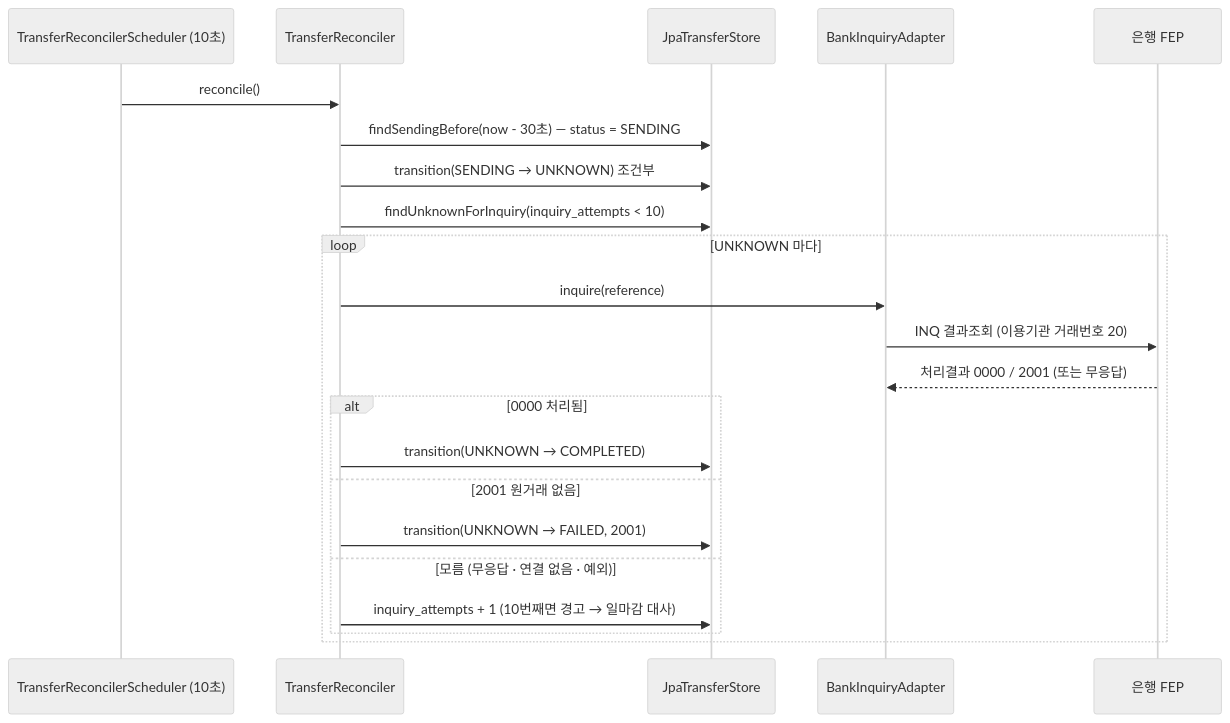
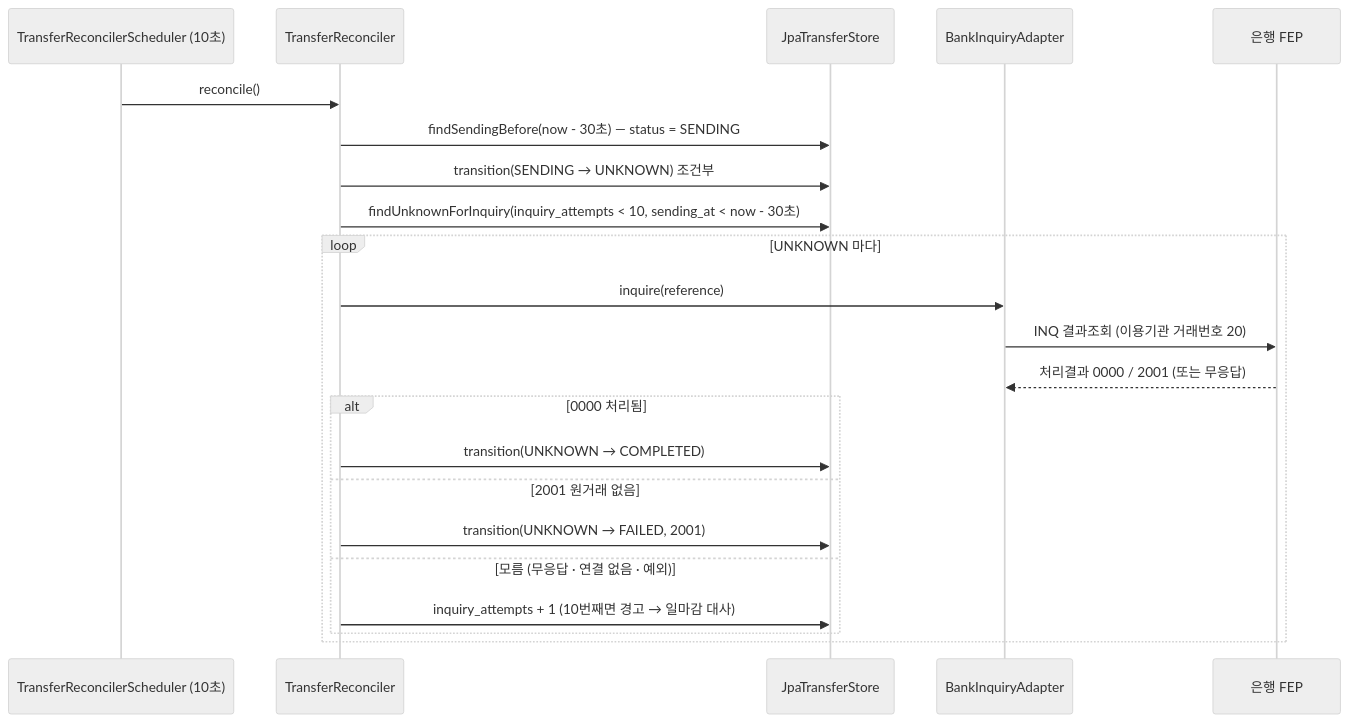
The fourth of 4 diagrams in ARCHITECTURE.md (hyeokjinON/bank-transfer), drawn with Mermaid (neutral theme) before and after one commit. The commit also changed 9 other files, not shown here.

````diff
--- a/ARCHITECTURE.md
+++ b/ARCHITECTURE.md
@@ -177,24 +177,24 @@
 ```mermaid
 sequenceDiagram
     participant S as TransferReconcilerScheduler (10초)
     participant R as TransferReconciler
     participant D as JpaTransferStore
     participant A as BankInquiryAdapter
     participant B as 은행 FEP
     S->>R: reconcile()
     R->>D: findSendingBefore(now - 30초) — status = SENDING
     R->>D: transition(SENDING → UNKNOWN) 조건부
-    R->>D: findUnknownForInquiry(inquiry_attempts < 10)
+    R->>D: findUnknownForInquiry(inquiry_attempts < 10, sending_at < now - 30초)
     loop UNKNOWN 마다
         R->>A: inquire(reference)
         A->>B: INQ 결과조회 (이용기관 거래번호 20)
         B-->>A: 처리결과 0000 / 2001 (또는 무응답)
         alt 0000 처리됨
             R->>D: transition(UNKNOWN → COMPLETED)
         else 2001 원거래 없음
             R->>D: transition(UNKNOWN → FAILED, 2001)
         else 모름 (무응답 · 연결 없음 · 예외)
             R->>D: inquiry_attempts + 1 (10번째면 경고 → 일마감 대사)
         end
     end
 ```
````
